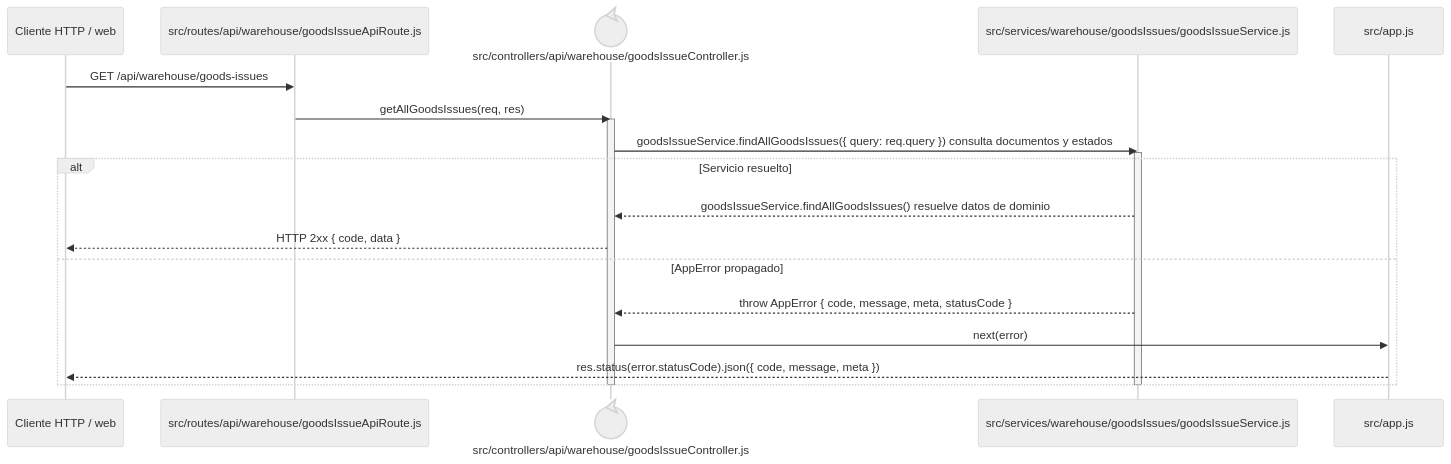
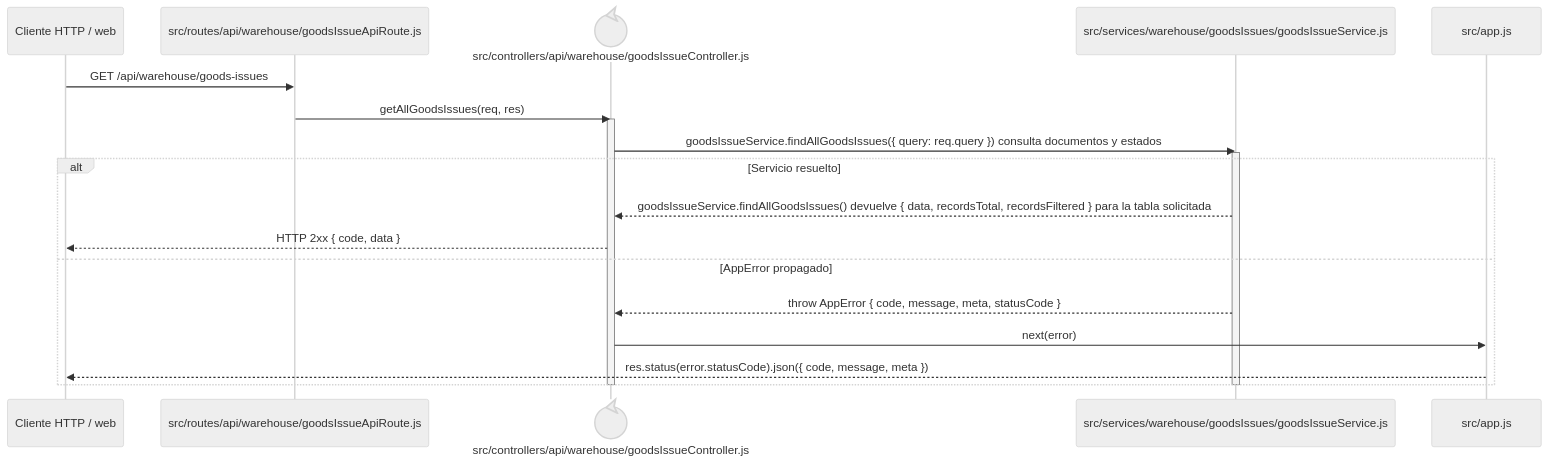
The diagram in docs/architecture/backend-code-sequences/issues/cu-sal-01.md (gpgsistemas01/nexus), drawn with Mermaid (neutral theme) before and after one commit. The commit also changed 102 other files, not shown here.

````diff
--- a/docs/architecture/backend-code-sequences/issues/cu-sal-01.md
+++ b/docs/architecture/backend-code-sequences/issues/cu-sal-01.md
@@ -6,24 +6,24 @@
 ```mermaid
 sequenceDiagram
     participant Client as Cliente HTTP / web
     participant Route as src/routes/api/warehouse/goodsIssueApiRoute.js
     participant Controller@{ "type": "control" } as src/controllers/api/warehouse/goodsIssueController.js
     participant Domain as src/services/warehouse/goodsIssues/goodsIssueService.js
     participant ErrorHandler as src/app.js
 
     Client->>Route: GET /api/warehouse/goods-issues
     Route->>Controller: getAllGoodsIssues(req, res)
     activate Controller
     Controller->>Domain: goodsIssueService.findAllGoodsIssues({ query: req.query }) consulta documentos y estados
     activate Domain
     alt Servicio resuelto
-        Domain-->>Controller: goodsIssueService.findAllGoodsIssues() resuelve datos de dominio
+        Domain-->>Controller: goodsIssueService.findAllGoodsIssues() devuelve { data, recordsTotal, recordsFiltered } para la tabla solicitada
         Controller-->>Client: HTTP 2xx { code, data }
     else AppError propagado
         Domain-->>Controller: throw AppError { code, message, meta, statusCode }
         Controller->>ErrorHandler: next(error)
         ErrorHandler-->>Client: res.status(error.statusCode).json({ code, message, meta })
     end
     deactivate Domain
     deactivate Controller
 ```
````
